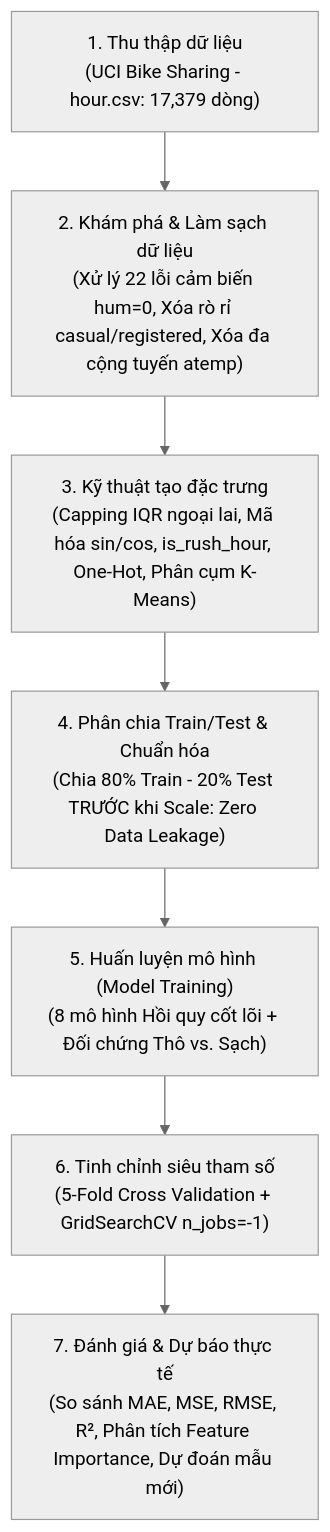
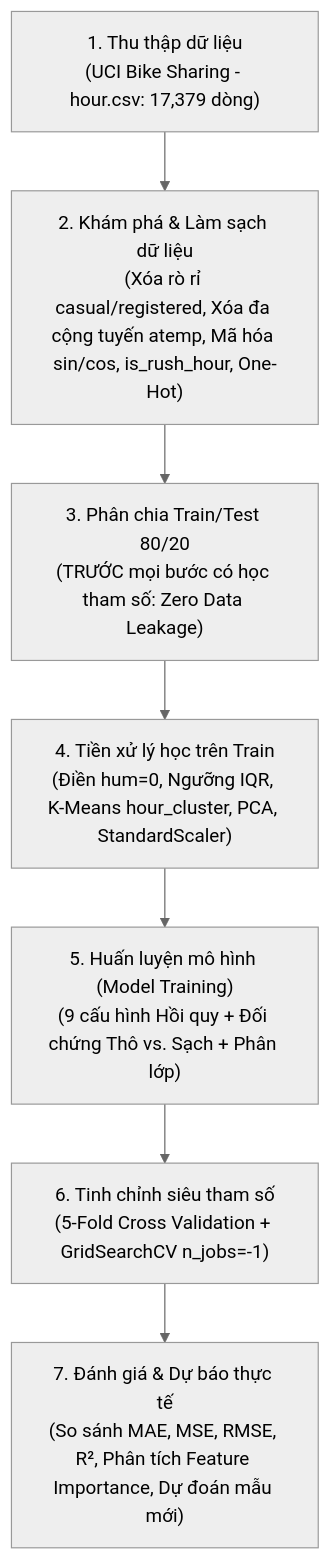
One commit to nguyenhaidangg/ml-bike-sharing changed the diagram in report/bao_cao_do_an_hoc_may.md. Above: the diagram before and after it, drawn with Mermaid (neutral theme). The commit also changed other lines of this file, not shown here.

First line of the commit message:
docs: cap nhat bao cao theo quy trinh chong ro ri va so lieu moi

````diff
--- a/report/bao_cao_do_an_hoc_may.md
+++ b/report/bao_cao_do_an_hoc_may.md
@@ -481,9 +483,9 @@
 ```mermaid
 flowchart TD
-    A["1. Thu thập dữ liệu<br/>(UCI Bike Sharing - hour.csv: 17,379 dòng)"] --> B["2. Khám phá & Làm sạch dữ liệu<br/>(Xử lý 22 lỗi cảm biến hum=0, Xóa rò rỉ casual/registered, Xóa đa cộng tuyến atemp)"]
-    B --> C["3. Kỹ thuật tạo đặc trưng<br/>(Capping IQR ngoại lai, Mã hóa sin/cos, is_rush_hour, One-Hot, Phân cụm K-Means)"]
-    C --> D["4. Phân chia Train/Test & Chuẩn hóa<br/>(Chia 80% Train - 20% Test TRƯỚC khi Scale: Zero Data Leakage)"]
-    D --> E["5. Huấn luyện mô hình (Model Training)<br/>(8 mô hình Hồi quy cốt lõi + Đối chứng Thô vs. Sạch)"]
+    A["1. Thu thập dữ liệu<br/>(UCI Bike Sharing - hour.csv: 17,379 dòng)"] --> B["2. Khám phá & Làm sạch dữ liệu<br/>(Xóa rò rỉ casual/registered, Xóa đa cộng tuyến atemp, Mã hóa sin/cos, is_rush_hour, One-Hot)"]
+    B --> C["3. Phân chia Train/Test 80/20<br/>(TRƯỚC mọi bước có học tham số: Zero Data Leakage)"]
+    C --> D["4. Tiền xử lý học trên Train<br/>(Điền hum=0, Ngưỡng IQR, K-Means hour_cluster, PCA, StandardScaler)"]
+    D --> E["5. Huấn luyện mô hình (Model Training)<br/>(9 cấu hình Hồi quy + Đối chứng Thô vs. Sạch + Phân lớp)"]
     E --> F["6. Tinh chỉnh siêu tham số<br/>(5-Fold Cross Validation + GridSearchCV n_jobs=-1)"]
     F --> G["7. Đánh giá & Dự báo thực tế<br/>(So sánh MAE, MSE, RMSE, R², Phân tích Feature Importance, Dự đoán mẫu mới)"]
 ```
````
